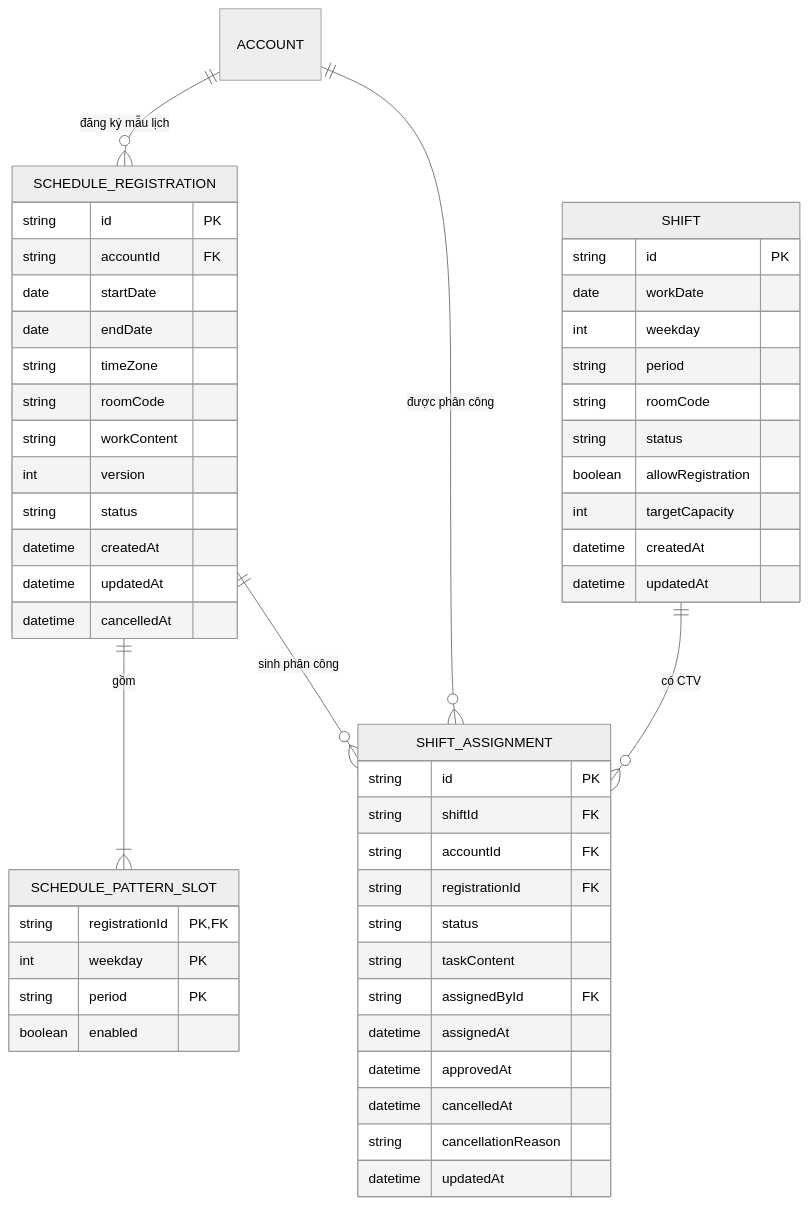
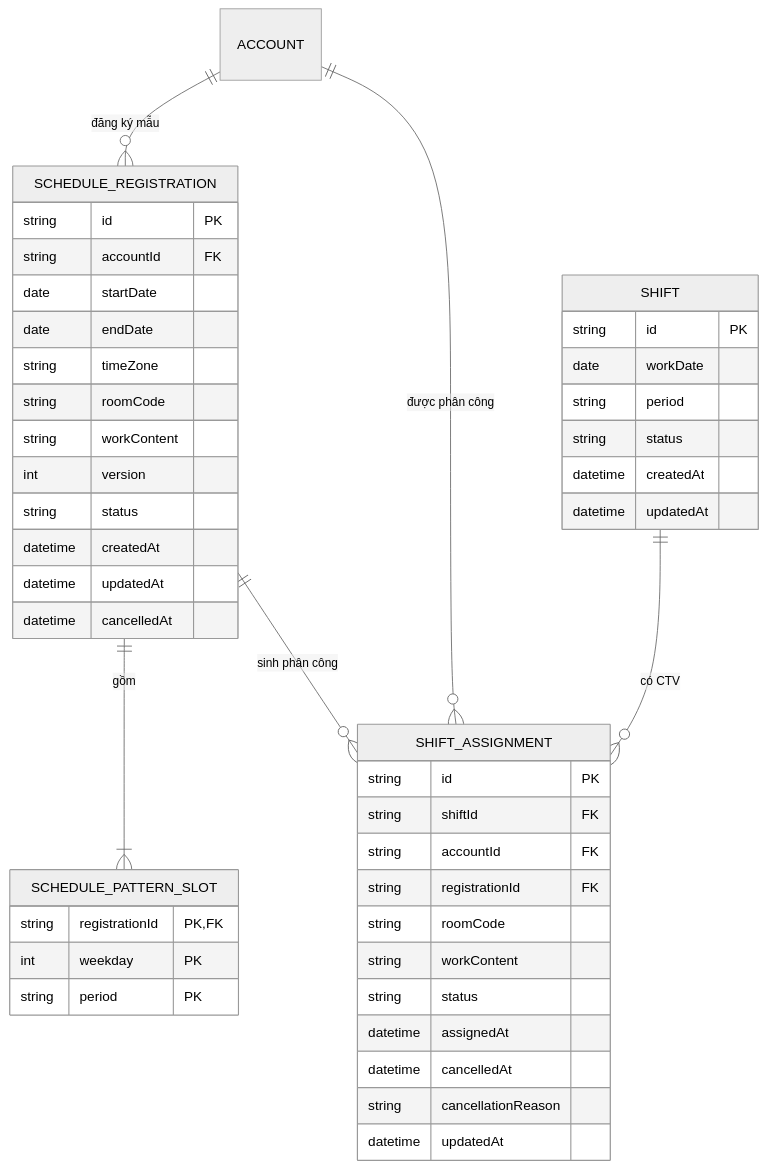
The second of 3 diagrams in docs/DATABASE.md (MINHDZVODICH/ctv-manage), drawn with Mermaid (neutral theme) before and after one commit. The commit also changed other lines of this file and 19 other files, not shown here.

Commit message:
docs: align API architecture and prototype flows

````diff
--- a/docs/DATABASE.md
+++ b/docs/DATABASE.md
@@ -145,58 +106,52 @@
 ```mermaid
 erDiagram
-    ACCOUNT ||--o{ SCHEDULE_REGISTRATION : "đăng ký mẫu lịch"
+    ACCOUNT ||--o{ SCHEDULE_REGISTRATION : "đăng ký mẫu"
     SCHEDULE_REGISTRATION ||--|{ SCHEDULE_PATTERN_SLOT : "gồm"
     SCHEDULE_REGISTRATION ||--o{ SHIFT_ASSIGNMENT : "sinh phân công"
     ACCOUNT ||--o{ SHIFT_ASSIGNMENT : "được phân công"
     SHIFT ||--o{ SHIFT_ASSIGNMENT : "có CTV"
 
     SCHEDULE_REGISTRATION {
         string id PK
         string accountId FK
         date startDate
         date endDate
         string timeZone
         string roomCode
         string workContent
         int version
         string status
         datetime createdAt
         datetime updatedAt
         datetime cancelledAt
     }
 
     SCHEDULE_PATTERN_SLOT {
         string registrationId PK,FK
         int weekday PK
         string period PK
-        boolean enabled
     }
 
     SHIFT {
         string id PK
         date workDate
-        int weekday
         string period
-        string roomCode
         string status
-        boolean allowRegistration
-        int targetCapacity
         datetime createdAt
         datetime updatedAt
     }
 
     SHIFT_ASSIGNMENT {
         string id PK
         string shiftId FK
         string accountId FK
         string registrationId FK
+        string roomCode
+        string workContent
         string status
-        string taskContent
-        string assignedById FK
         datetime assignedAt
-        datetime approvedAt
         datetime cancelledAt
         string cancellationReason
         datetime updatedAt
     }
 ```
````
